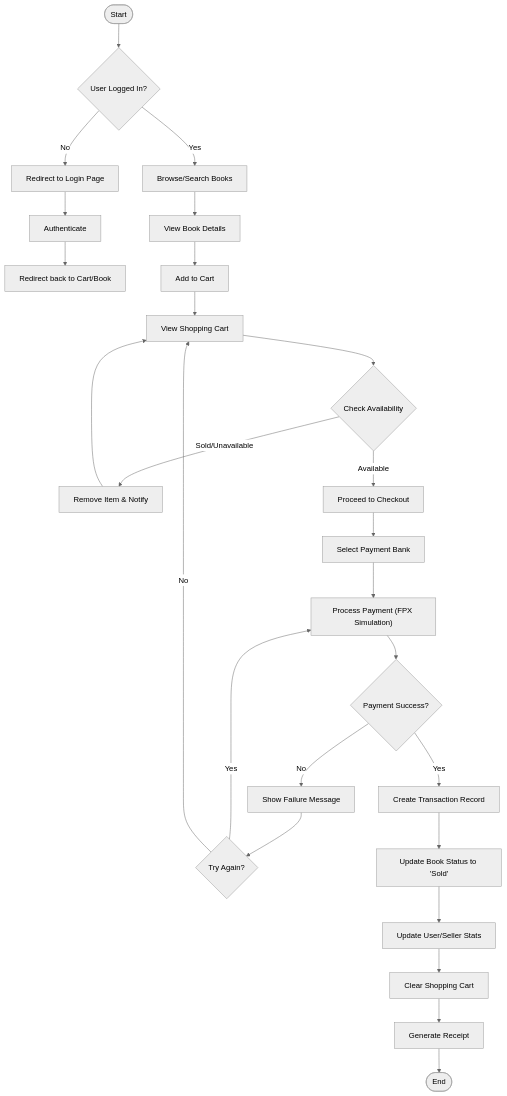
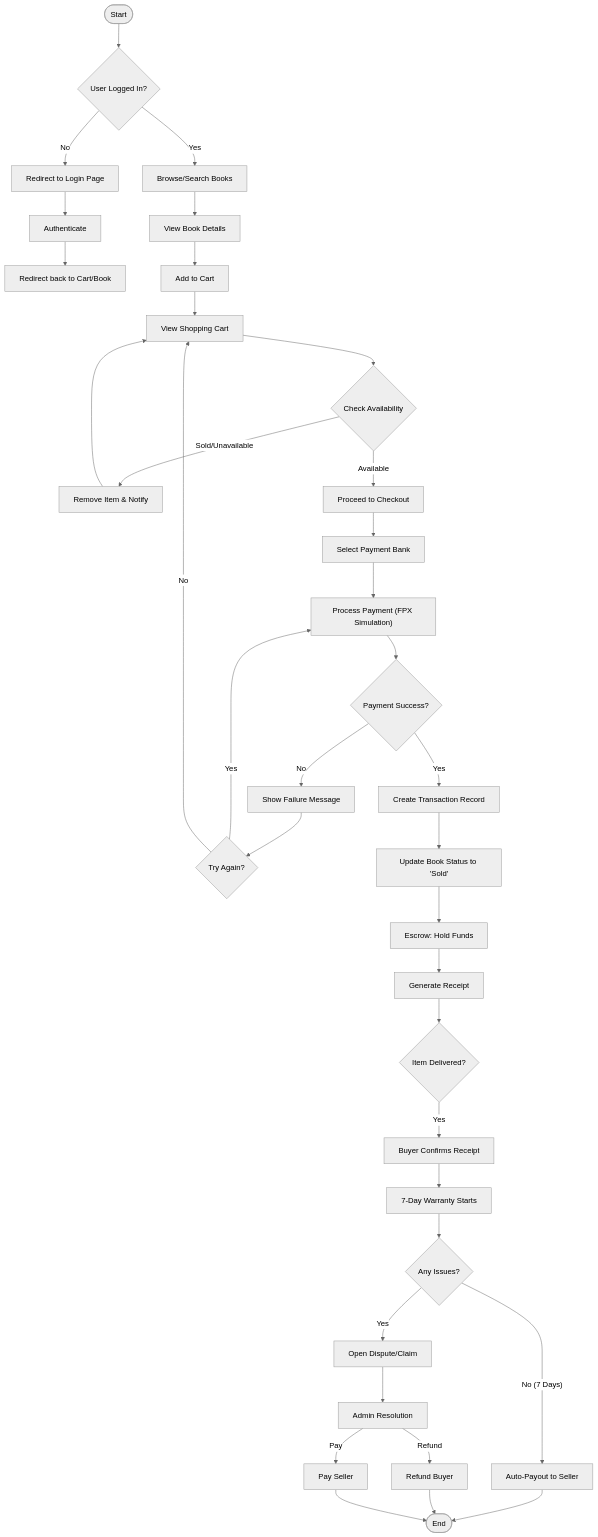
One commit to qieyl345/Web-Based_Book_E-Marketplace_with_Data_Visualization_for_Uitm changed the second of 3 diagrams in file_md/documentation/projectDesign.md. Above: the diagram before and after it, drawn with Mermaid (neutral theme). The commit also changed other lines of this file, not shown here.

````diff
--- a/file_md/documentation/projectDesign.md
+++ b/file_md/documentation/projectDesign.md
@@ -66,33 +66,47 @@
 ```mermaid
 flowchart TD
     Start([Start]) --> Login{User Logged In?}
     Login -- No --> LoginPage[Redirect to Login Page]
     LoginPage --> Auth[Authenticate]
     Auth --> RedirectCart[Redirect back to Cart/Book]
     
     Login -- Yes --> Browse[Browse/Search Books]
     Browse --> ViewDetails[View Book Details]
     ViewDetails --> AddCart[Add to Cart]
     AddCart --> ViewCart[View Shopping Cart]
     
     ViewCart --> CheckAvailability{Check Availability}
     CheckAvailability -- Sold/Unavailable --> RemoveItem[Remove Item & Notify]
     RemoveItem --> ViewCart
     
     CheckAvailability -- Available --> Checkout[Proceed to Checkout]
     Checkout --> SelectBank[Select Payment Bank]
     SelectBank --> ProcessPayment["Process Payment (FPX Simulation)"]
     
     ProcessPayment --> Success{Payment Success?}
     Success -- No --> FailMsg[Show Failure Message]
     FailMsg --> TryAgain{Try Again?}
     TryAgain -- Yes --> ProcessPayment
     TryAgain -- No --> ViewCart
     
     Success -- Yes --> CreateTxn[Create Transaction Record]
     CreateTxn --> UpdateBook[Update Book Status to 'Sold']
-    UpdateBook --> UpdateStats[Update User/Seller Stats]
-    UpdateStats --> ClearCart[Clear Shopping Cart]
-    ClearCart --> GenReceipt[Generate Receipt]
-    GenReceipt --> End([End])
+    UpdateBook --> Escrow[Escrow: Hold Funds]
+    Escrow --> GenReceipt[Generate Receipt]
+    
+    GenReceipt --> Delivery{Item Delivered?}
+    Delivery -- Yes --> ConfirmRx[Buyer Confirms Receipt]
+    ConfirmRx --> WarrantyStart[7-Day Warranty Starts]
+    
+    WarrantyStart --> Issues{Any Issues?}
+    Issues -- No (7 Days) --> AutoPayout[Auto-Payout to Seller]
+    Issues -- Yes --> Dispute[Open Dispute/Claim]
+    
+    Dispute --> AdminAction[Admin Resolution]
+    AdminAction -- Refund --> RefundBuyer[Refund Buyer]
+    AdminAction -- Pay --> PaySeller[Pay Seller]
+    
+    AutoPayout --> End([End])
+    RefundBuyer --> End
+    PaySeller --> End
 ```
````
